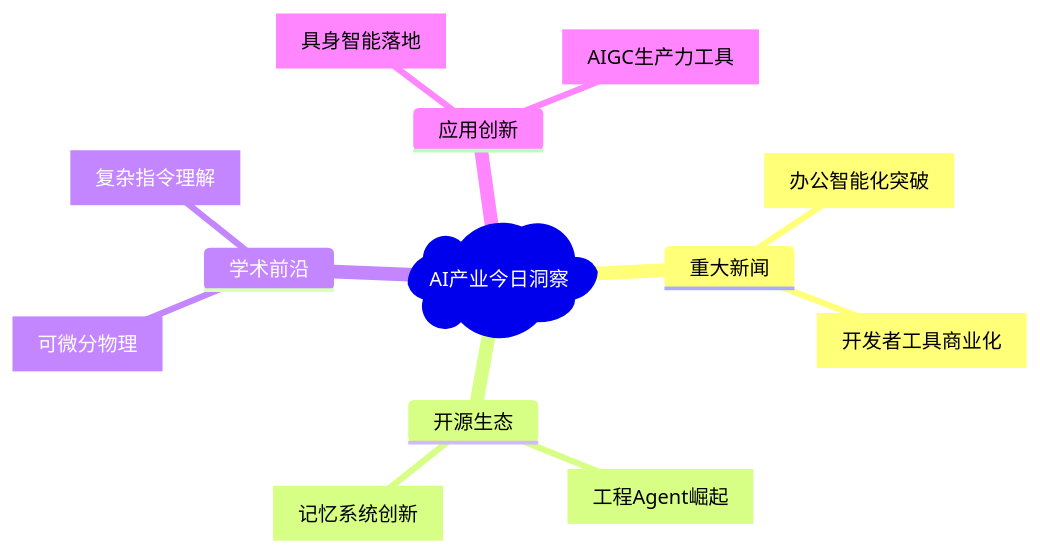
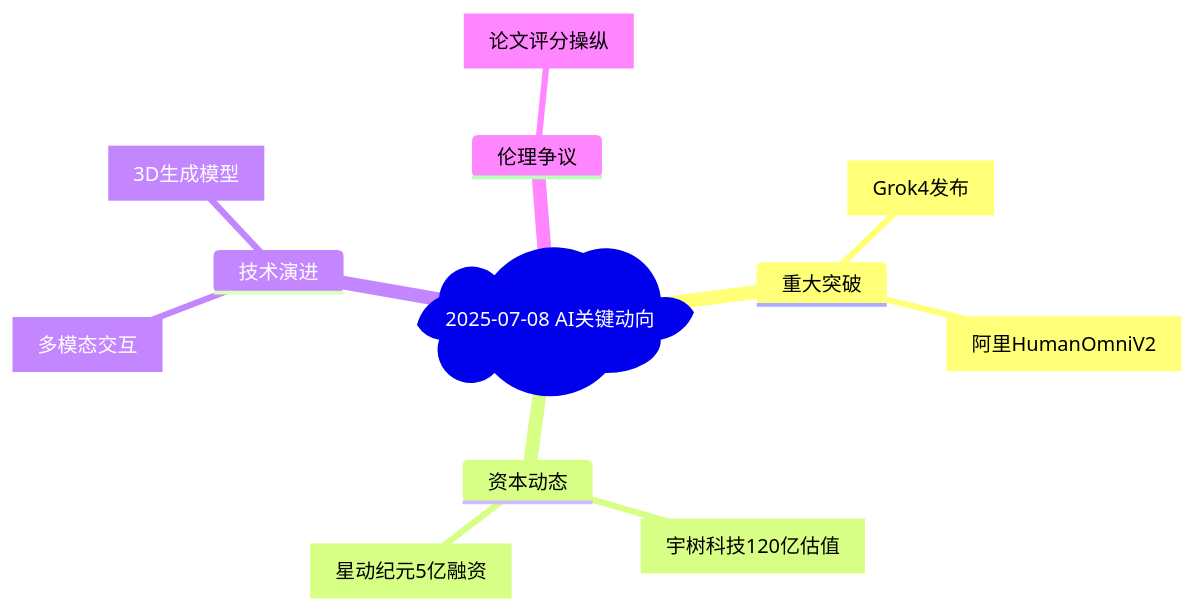
The diagram in daily/2025-07-08.md (WarrenHao/AiDaily), drawn with Mermaid before and after one commit. The commit also changed other lines of this file, not shown here.

````diff
--- a/daily/2025-07-08.md
+++ b/daily/2025-07-08.md
@@ -64,20 +8,19 @@
 ```mermaid
 mindmap
-  root)AI产业今日洞察(
-    重大新闻
-      ::icon(fa fa-newspaper)
-      [办公智能化突破]
-      [开发者工具商业化]
-    开源生态
-      ::icon(fa fa-code)
-      [工程Agent崛起]
-      [记忆系统创新]
-    学术前沿
-      ::icon(fa fa-graduation-cap)
-      [可微分物理]
-      [复杂指令理解]
-    应用创新
-      ::icon(fa fa-rocket)
-      [具身智能落地]
-      [AIGC生产力工具]
+  root)2025-07-08 AI关键动向(
+    重大突破
+      ::icon(fa fa-bolt)
+      [Grok4发布]
+      [阿里HumanOmniV2]
+    资本动态
+      ::icon(fa fa-chart-line)
+      [宇树科技120亿估值]
+      [星动纪元5亿融资]
+    技术演进
+      ::icon(fa fa-cogs)
+      [多模态交互]
+      [3D生成模型]
+    伦理争议
+      ::icon(fa fa-balance-scale)
+      [论文评分操纵]
 ```
````
